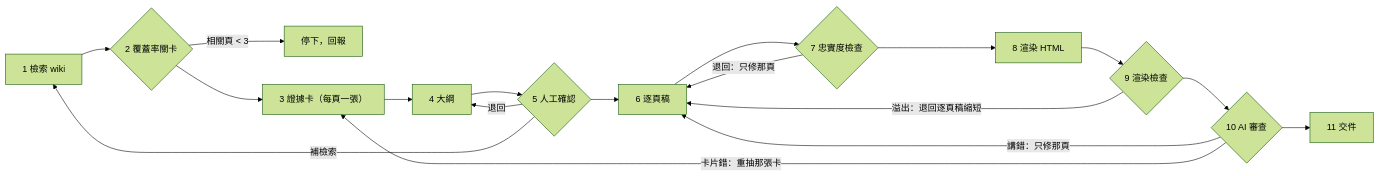
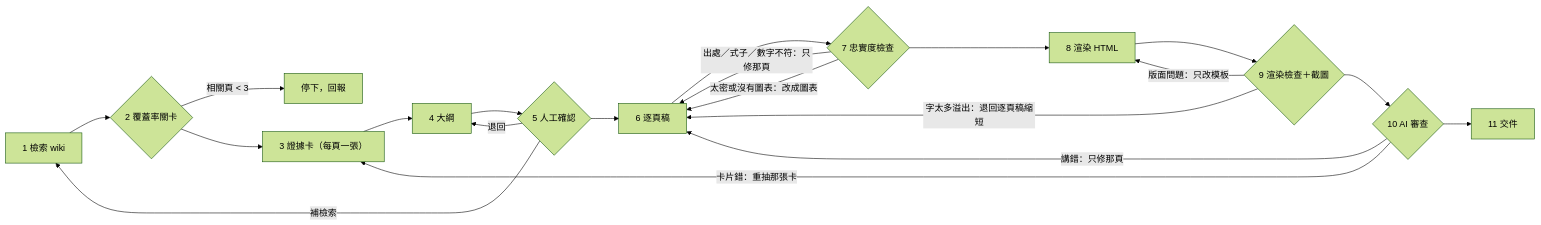
One commit to kumilz030/CMP-wiki changed the diagram in .agents/workflows/topic-slides.md. Above: the diagram before and after it, drawn with Mermaid (forest theme). The commit also changed other lines of this file and 22 other files, not shown here.

Commit message:
publish: DFT 簡報第 2 版與 graph 修正（起點 0e71f9a）

````diff
--- a/.agents/workflows/topic-slides.md
+++ b/.agents/workflows/topic-slides.md
@@ -26,20 +28,22 @@
 ```mermaid
 flowchart LR
   A["1 檢索 wiki"] --> B{"2 覆蓋率關卡"}
   B -->|"相關頁 < 3"| X["停下，回報"]
   B --> C["3 證據卡（每頁一張）"]
   C --> D["4 大綱"]
   D --> E{"5 人工確認"}
   E -->|"退回"| D
   E -->|"補檢索"| A
   E --> F["6 逐頁稿"]
   F --> G{"7 忠實度檢查"}
-  G -->|"退回：只修那頁"| F
+  G -->|"出處／式子／數字不符：只修那頁"| F
+  G -->|"太密或沒有圖表：改成圖表"| F
   G --> H["8 渲染 HTML"]
-  H --> I{"9 渲染檢查"}
-  I -->|"溢出：退回逐頁稿縮短"| F
+  H --> I{"9 渲染檢查＋截圖"}
+  I -->|"字太多溢出：退回逐頁稿縮短"| F
+  I -->|"版面問題：只改模板"| H
   I --> J{"10 AI 審查"}
   J -->|"講錯：只修那頁"| F
   J -->|"卡片錯：重抽那張卡"| C
   J --> K["11 交件"]
 ```
````
